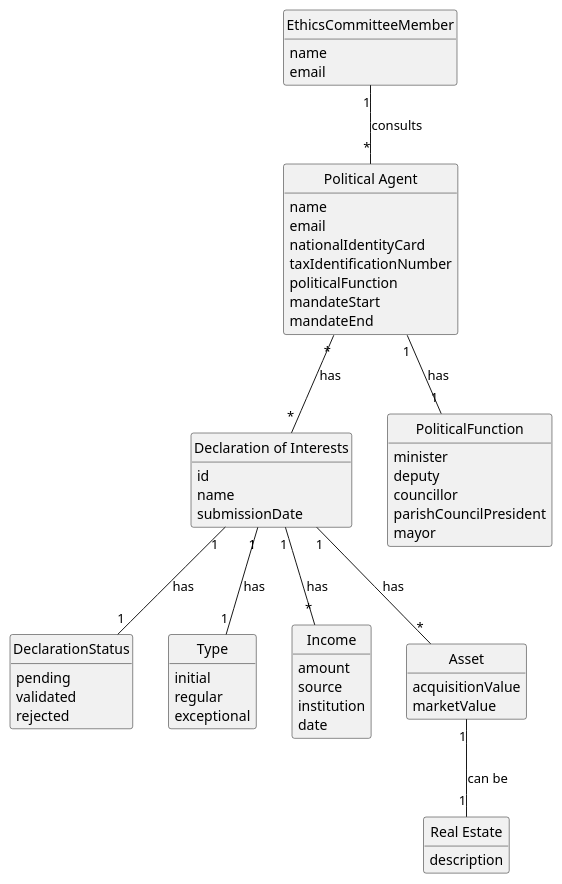
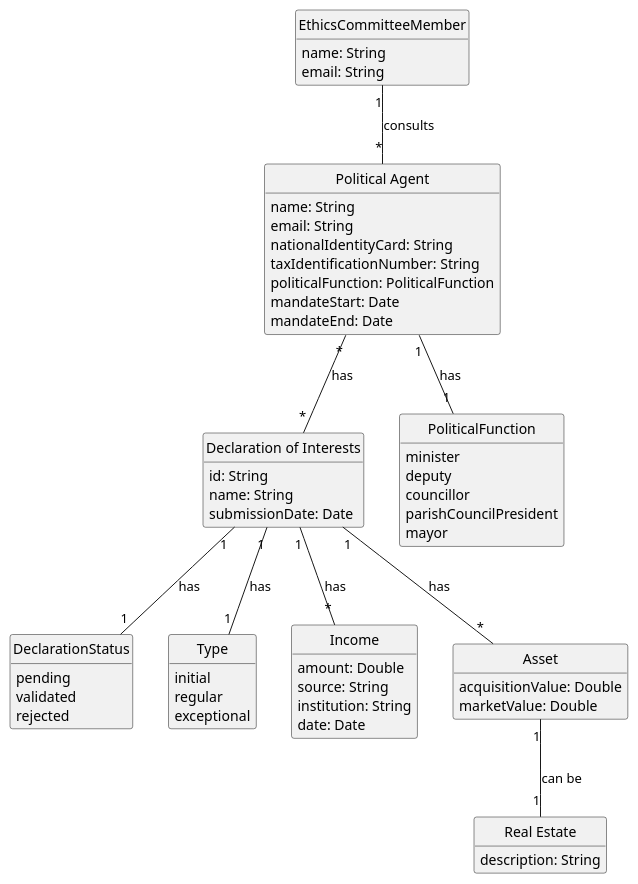
Before and after one commit to brunodspinto/crystal-clear-platform: the diagram in docs/system-documentation/US09/02.analysis/puml/US09-analysis.puml, drawn with PlantUML.

Commit message:
Added asset types to US09

```diff
--- a/docs/system-documentation/US09/02.analysis/puml/US09-analysis.puml
+++ b/docs/system-documentation/US09/02.analysis/puml/US09-analysis.puml
@@ -1,80 +1,80 @@
 @startuml US09-DM
 skinparam monochrome true
 skinparam packageStyle rectangle
 skinparam shadowing false
 skinparam classAttributeIconSize 0
 
 hide circle
 hide methods
 
 class EthicsCommitteeMember {
-    name
-    email
+    name: String
+    email: String
 }
 
 class "Political Agent" as PoliticalAgent {
-    name
-    email
-    nationalIdentityCard
-    taxIdentificationNumber
-    politicalFunction
-    mandateStart
-    mandateEnd
+    name: String
+    email: String
+    nationalIdentityCard: String
+    taxIdentificationNumber: String
+    politicalFunction: PoliticalFunction
+    mandateStart: Date
+    mandateEnd: Date
 }
 
 class "Declaration of Interests" as Declaration {
-    id
-    name
-    submissionDate
+    id: String
+    name: String
+    submissionDate: Date
 }
 
 enum DeclarationStatus {
     pending
     validated
     rejected
 }
 
 enum Type {
     initial
     regular
     exceptional
 }
 
 enum PoliticalFunction {
     minister
     deputy
     councillor
     parishCouncilPresident
     mayor
 }
 
 class Income {
-    amount
-    source
-    institution
-    date
+    amount: Double
+    source: String
+    institution: String
+    date: Date
 }
 
 class Asset {
-    acquisitionValue
-    marketValue
+    acquisitionValue: Double
+    marketValue: Double
 }
 
 class "Real Estate" as RealEstate {
-    description
+    description: String
 }
 
 EthicsCommitteeMember "1" -- "*" PoliticalAgent : consults
 
 PoliticalAgent "*" -- "*" Declaration : has
 
 PoliticalAgent "1" -- "1" PoliticalFunction : has
 
 Declaration "1" -- "1" Type : has
 Declaration "1" -- "1" DeclarationStatus : has
 Declaration "1" -- "*" Income : has
 Declaration "1" -- "*" Asset : has
 
 Asset "1" -- "1" RealEstate : can be
 
 @enduml
```
